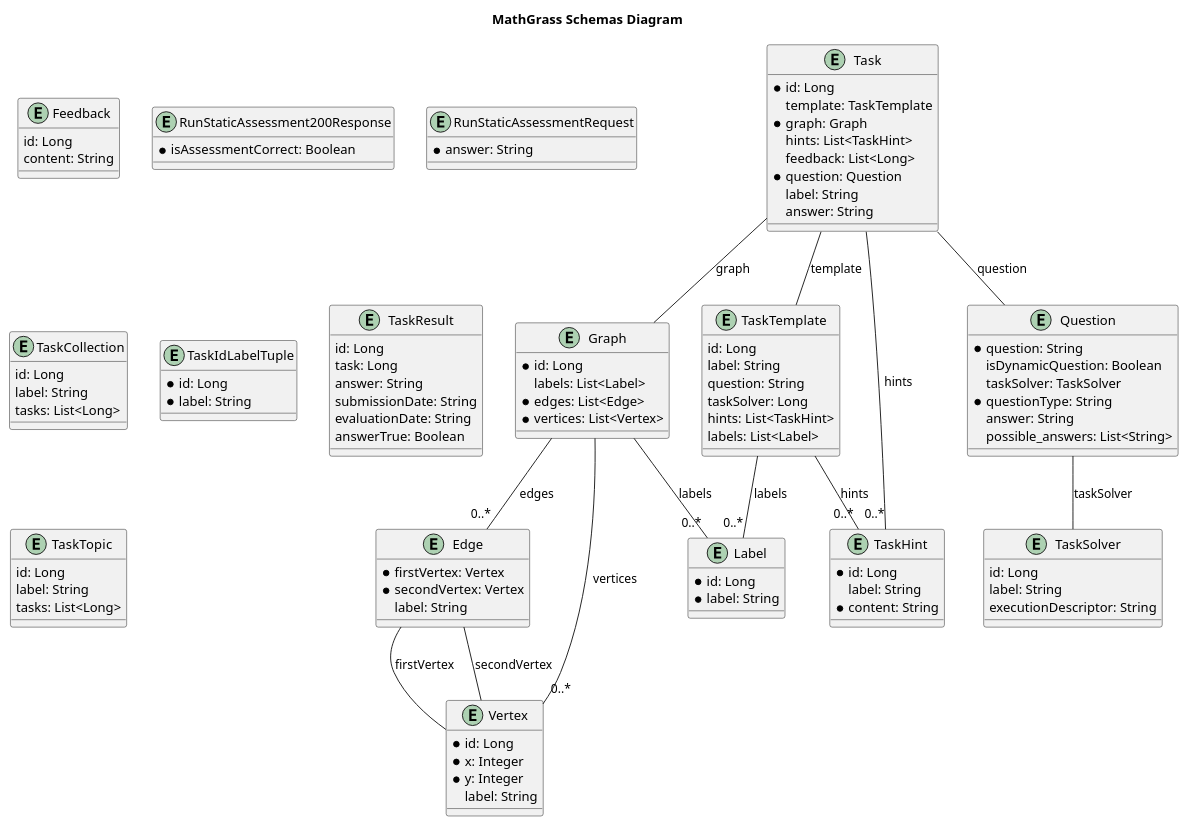
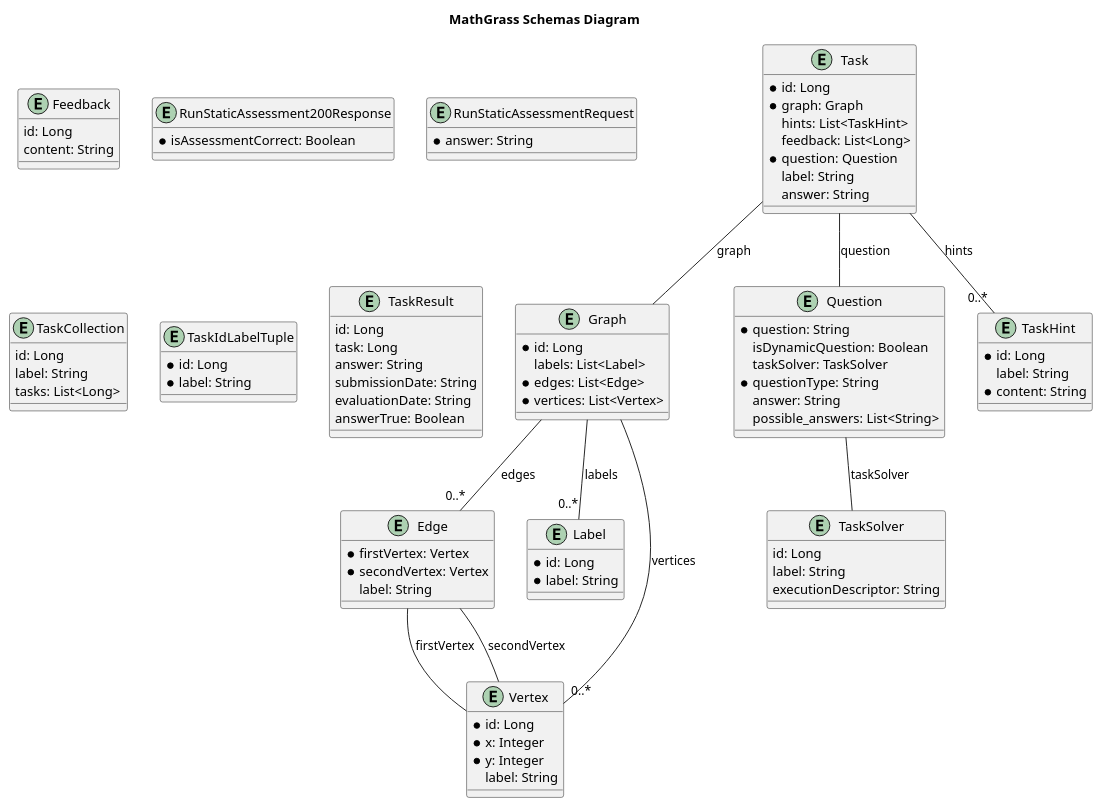
Before and after one commit to MathGrass/mathgrass-api: the diagram in openapi-spec/schemas.plantuml, drawn with PlantUML. The commit also changed 20 other files, not shown here.

```diff
--- a/openapi-spec/schemas.plantuml
+++ b/openapi-spec/schemas.plantuml
@@ -1,124 +1,105 @@
 @startuml
 
 title MathGrass Schemas Diagram
 
 entity Edge {
     * firstVertex: Vertex
     * secondVertex: Vertex
     label: String
 }
 
 entity Feedback {
     id: Long
     content: String
 }
 
 entity Graph {
     * id: Long
     labels: List<Label>
     * edges: List<Edge>
     * vertices: List<Vertex>
 }
 
 entity Label {
     * id: Long
     * label: String
 }
 
 entity Question {
     * question: String
     isDynamicQuestion: Boolean
     taskSolver: TaskSolver
     * questionType: String
     answer: String
     possible_answers: List<String>
 }
 
 entity RunStaticAssessment200Response {
     * isAssessmentCorrect: Boolean
 }
 
 entity RunStaticAssessmentRequest {
     * answer: String
 }
 
 entity Task {
     * id: Long
-    template: TaskTemplate
     * graph: Graph
     hints: List<TaskHint>
     feedback: List<Long>
     * question: Question
     label: String
     answer: String
 }
 
 entity TaskCollection {
     id: Long
     label: String
     tasks: List<Long>
 }
 
 entity TaskHint {
     * id: Long
     label: String
     * content: String
 }
 
 entity TaskIdLabelTuple {
     * id: Long
     * label: String
 }
 
 entity TaskResult {
     id: Long
     task: Long
     answer: String
     submissionDate: String
     evaluationDate: String
     answerTrue: Boolean
 }
 
 entity TaskSolver {
     id: Long
     label: String
     executionDescriptor: String
 }
 
-entity TaskTemplate {
-    id: Long
-    label: String
-    question: String
-    taskSolver: Long
-    hints: List<TaskHint>
-    labels: List<Label>
-}
-
-entity TaskTopic {
-    id: Long
-    label: String
-    tasks: List<Long>
-}
-
 entity Vertex {
     * id: Long
     * x: Integer
     * y: Integer
     label: String
 }
 
 
-TaskTemplate -- "0..*" TaskHint : hints
-TaskTemplate -- "0..*" Label : labels
-Task -- TaskTemplate : template
 Task -- Graph : graph
 Task -- "0..*" TaskHint : hints
 Task -- Question : question
 Graph -- "0..*" Label : labels
 Graph -- "0..*" Edge : edges
 Graph -- "0..*" Vertex : vertices
 Question -- TaskSolver : taskSolver
 Edge -- Vertex : firstVertex
 Edge -- Vertex : secondVertex
 
 @enduml
```
